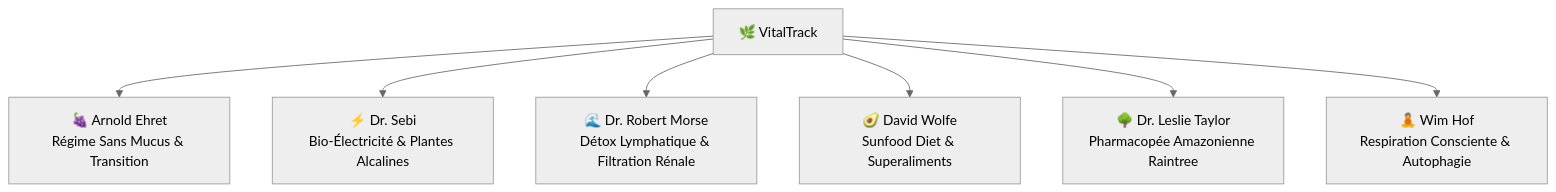
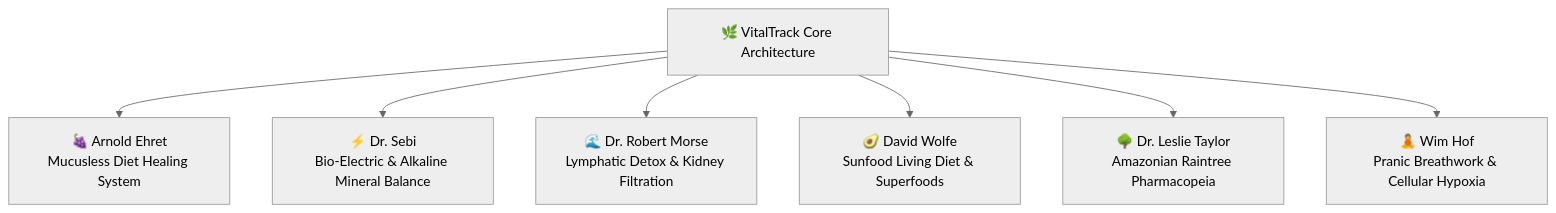
The diagram in README.md (fnnktkygl-code/vital_track), drawn with Mermaid (neutral theme) before and after one commit. The commit also changed other lines of this file and 4 other files, not shown here.

Commit message:
docs: add full multilingual README documentation in English, French (LISEZMOI) and Spanish (LEAME) with up-to-date features and architecture

````diff
--- a/README.md
+++ b/README.md
@@ -100,9 +107,9 @@
 ```mermaid
 graph TD
-    A[🌿 VitalTrack] --> B[🍇 Arnold Ehret<br/>Régime Sans Mucus & Transition]
-    A --> C[⚡ Dr. Sebi<br/>Bio-Électricité & Plantes Alcalines]
-    A --> D[🌊 Dr. Robert Morse<br/>Détox Lymphatique & Filtration Rénale]
-    A --> E[🥑 David Wolfe<br/>Sunfood Diet & Superaliments]
-    A --> F[🌳 Dr. Leslie Taylor<br/>Pharmacopée Amazonienne Raintree]
-    A --> G[🧘 Wim Hof<br/>Respiration Consciente & Autophagie]
+    A[🌿 VitalTrack Core Architecture] --> B[🍇 Arnold Ehret<br/>Mucusless Diet Healing System]
+    A --> C[⚡ Dr. Sebi<br/>Bio-Electric & Alkaline Mineral Balance]
+    A --> D[🌊 Dr. Robert Morse<br/>Lymphatic Detox & Kidney Filtration]
+    A --> E[🥑 David Wolfe<br/>Sunfood Living Diet & Superfoods]
+    A --> F[🌳 Dr. Leslie Taylor<br/>Amazonian Raintree Pharmacopeia]
+    A --> G[🧘 Wim Hof<br/>Pranic Breathwork & Cellular Hypoxia]
 ```
````
